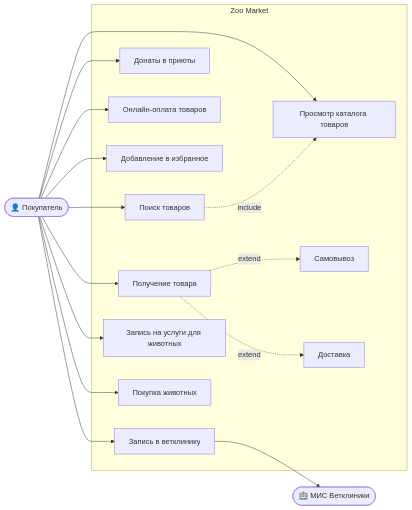
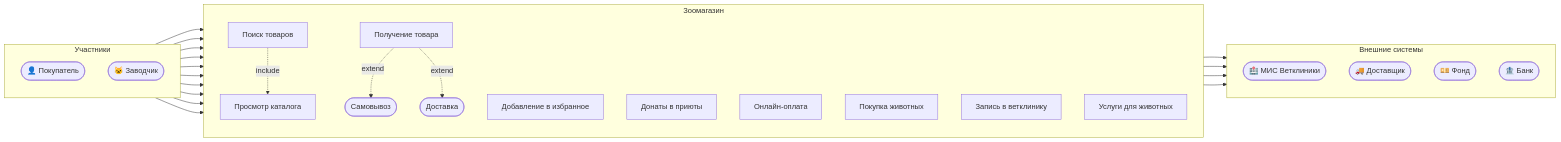
The diagram in README.md (MaJaStudy/zoo_market), drawn with Mermaid before and after one commit.

````diff
--- a/README.md
+++ b/README.md
@@ -69,34 +69,51 @@
 ```mermaid
 flowchart LR
-    fc(["👤 Покупатель"])
-    mis(["🏥 МИС Ветклиники"])
+    %% Группируем пользователей слева
+    subgraph Actors["Участники"]
+        direction TB
+        fc(["👤 Покупатель"])
+        procrea(["🐱 Заводчик"])
+    end
 
-    subgraph SYS["Zoo Market"]
+    %% Сама система по центру
+    subgraph SYS["Зоомагазин"]
+        direction TB
         UC0["Поиск товаров"]
-        UC1["Просмотр каталога товаров"]
-        UC2["Донаты в приюты"]
-        UC3["Онлайн-оплата товаров"]
+        UC1["Просмотр каталога"]
         UC4["Добавление в избранное"]
         UC5["Получение товара"]
-        UC51["Самовывоз"]
-        UC52["Доставка"]
+        UC2["Донаты в приюты"]
+        UC3["Онлайн-оплата"]
+        UC8["Покупка животных"]
         UC6["Запись в ветклинику"]
-        UC7["Запись на услуги для животных"]
-        UC8["Покупка животных"]
+        UC7["Услуги для животных"]
+        
+        %% Вложенные юзкейсы
+        UC51(["Самовывоз"])
+        UC52(["Доставка"])
     end
 
-    fc --> UC0
-    fc --> UC1
-    fc --> UC2
-    fc --> UC3
-    fc --> UC4
-    fc --> UC5
-    fc --> UC6
-    fc --> UC7
-    fc --> UC8
+    %% Внешние сервисы справа
+    subgraph External["Внешние системы"]
+        direction TB
+        mis(["🏥 МИС Ветклиники"])
+        deliv(["🚚 Доставщик"])
+        fund(["💴 Фонд"])
+        bank(["🏦 Банк"])
+    end
 
+    %% Связи участников
+    fc --> UC0 & UC1 & UC2 & UC3 & UC4 & UC5 & UC6 & UC7
+    procrea & fc --> UC8
+
+    %% Внутренние связи
     UC0 -.->|include| UC1
     UC5 -.->|extend| UC51
     UC5 -.->|extend| UC52
+
+    %% Связи с внешними системами
     UC6 --> mis
+    UC52 --> deliv
+    UC2 --> fund
+    UC3 --> bank
 ```
````
